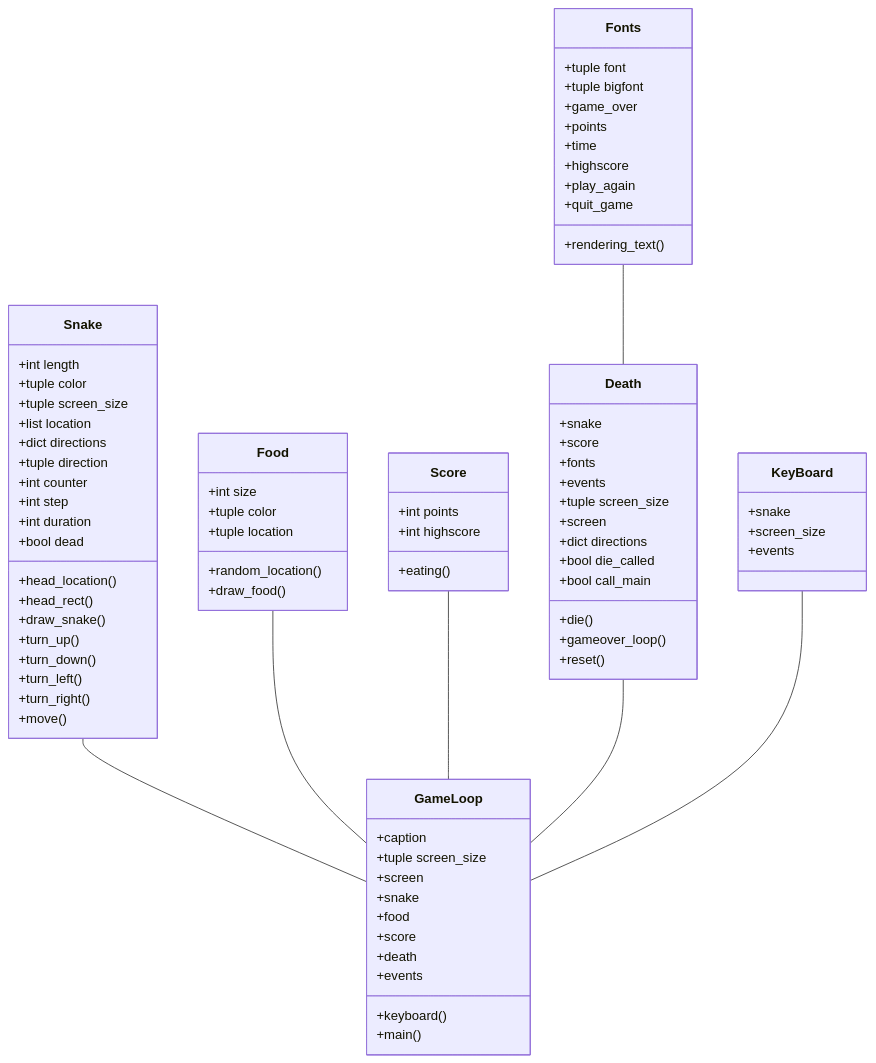
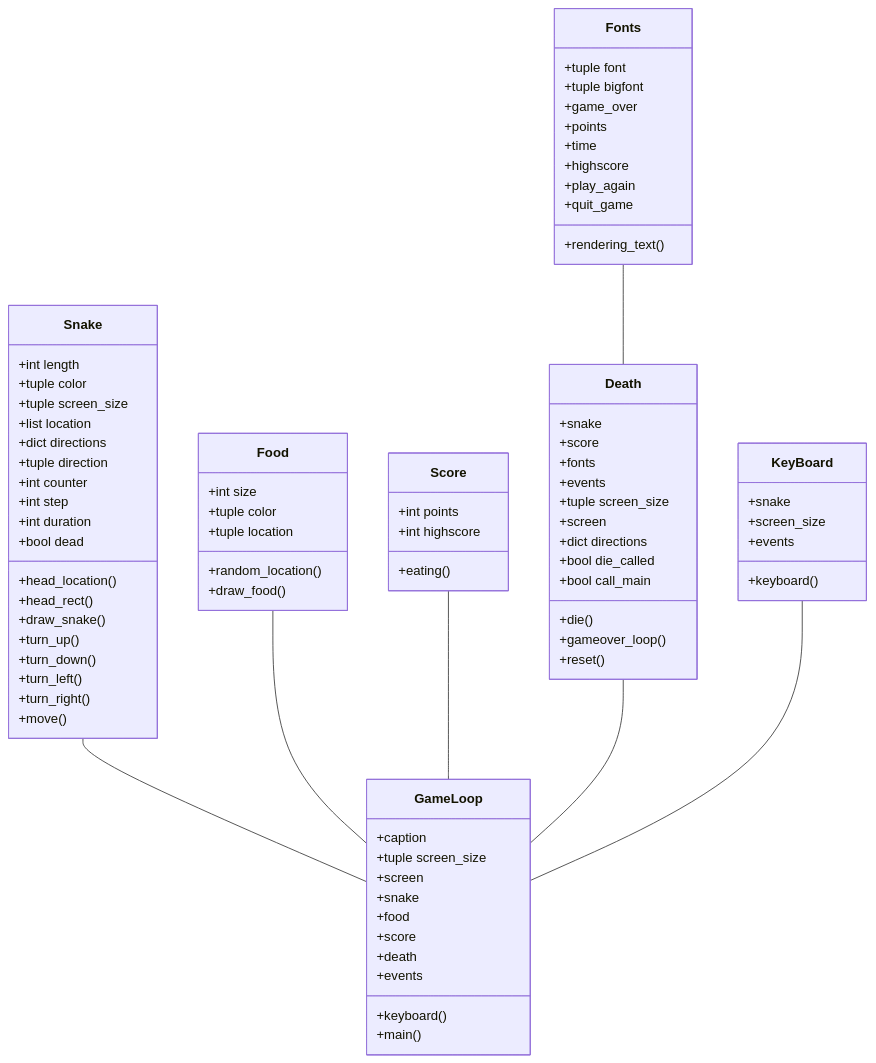
Before and after one commit to lottapispa/ot-harjoitystyo: the first of 3 diagrams in dokumentaatio/arkkitehtuuri.md, drawn with Mermaid.

````diff
--- a/dokumentaatio/arkkitehtuuri.md
+++ b/dokumentaatio/arkkitehtuuri.md
@@ -84,5 +84,6 @@
         +snake
         +screen_size
         +events
+        +keyboard()
     }
 ```
````
